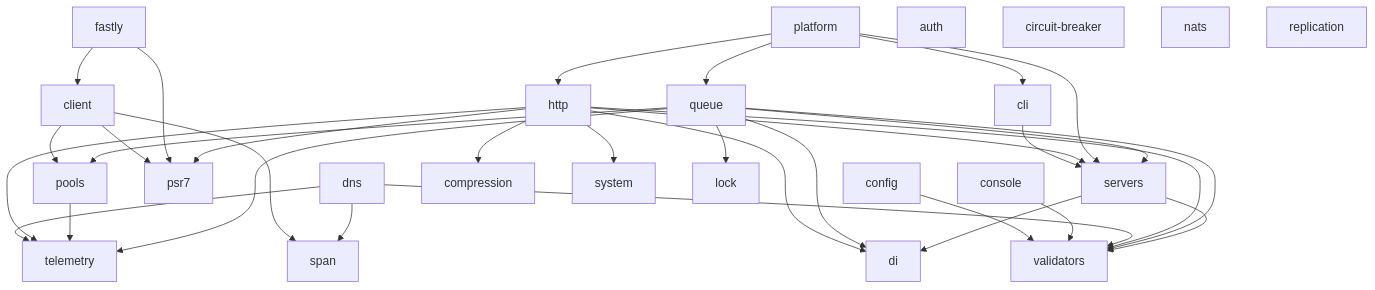
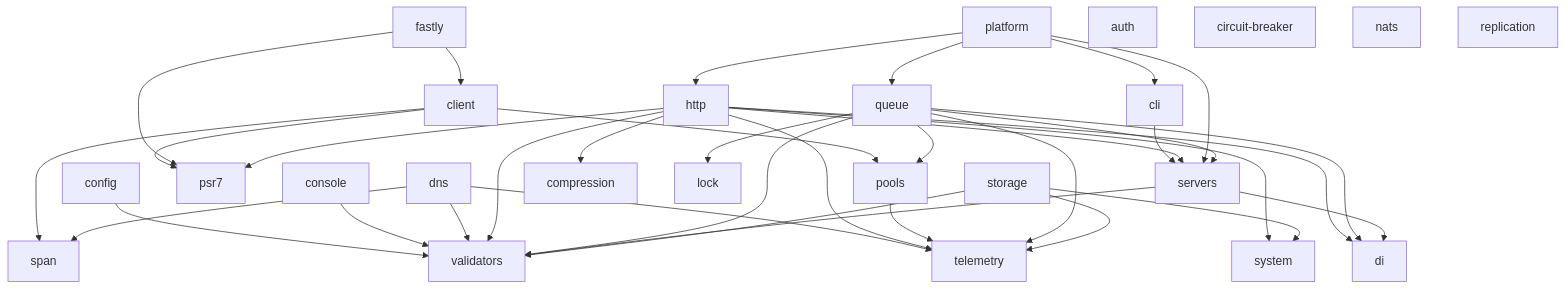
Before and after one commit to utopia-php/monorepo: the diagram in README.md, drawn with Mermaid. The commit also changed 45 other files, not shown here.

````diff
--- a/README.md
+++ b/README.md
@@ -48,38 +48,41 @@
 ```mermaid
 graph TD
     cli --> servers
     client --> pools
     client --> psr7
     client --> span
     config --> validators
     console --> validators
     dns --> span
     dns --> telemetry
     dns --> validators
     fastly --> client
     fastly --> psr7
     http --> di
     http --> servers
     http --> compression
     http --> psr7
     http --> telemetry
     http --> validators
     http --> system
     platform --> cli
     platform --> http
     platform --> queue
     platform --> servers
     pools --> telemetry
     queue --> di
     queue --> lock
     queue --> servers
     queue --> pools
     queue --> telemetry
     queue --> validators
     servers --> di
     servers --> validators
+    storage --> system
+    storage --> telemetry
+    storage --> validators
     auth
     circuit-breaker
     nats
     replication
 ```
````
